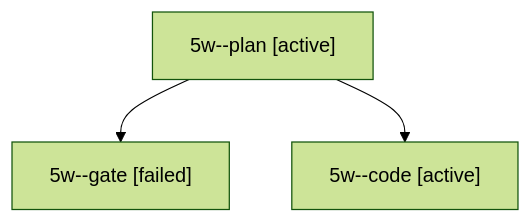
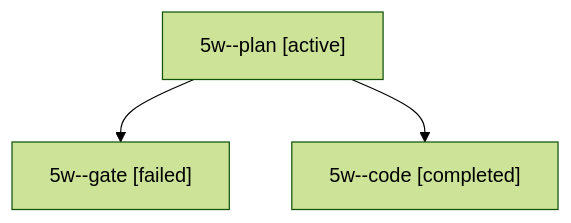
The diagram in sessions/bbugyi200.apollo.5w.md (sase-org/sase--agents), drawn with Mermaid (forest theme) before and after one commit. The commit also changed other lines of this file and 15 other files, not shown here.

````diff
--- a/sessions/bbugyi200.apollo.5w.md
+++ b/sessions/bbugyi200.apollo.5w.md
@@ -9,8 +9,8 @@
 ```mermaid
 flowchart TD
   n0["5w--plan [active]"]
   n1["5w--gate [failed]"]
   n0 --> n1
-  n2["5w--code [active]"]
+  n2["5w--code [completed]"]
   n0 --> n2
 ```
````
